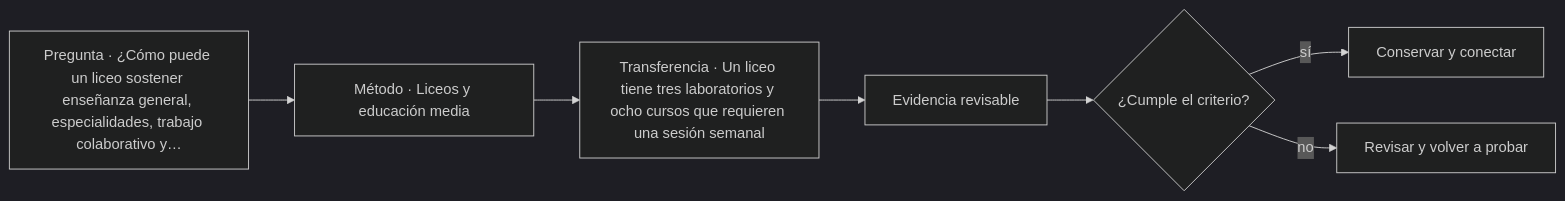
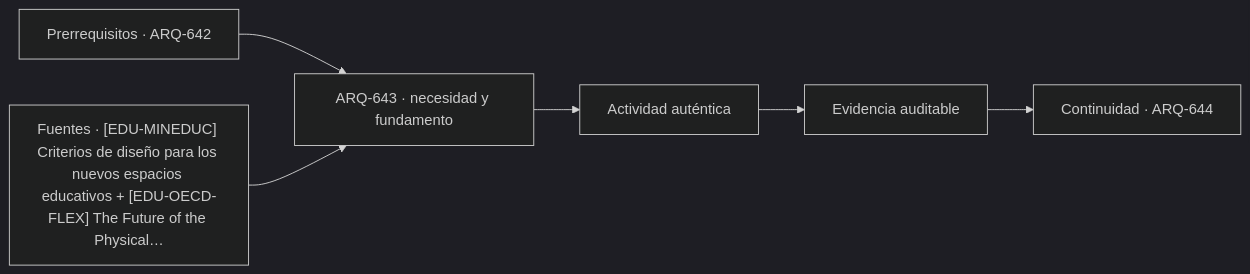
The diagram in classes/parte-65/ARQ-643.md (vladimiracunadev-create/architecture-built-environment-learning-program), drawn with Mermaid (dark theme) before and after one commit. The commit also changed other lines of this file and 761 other files, not shown here.

````diff
--- a/classes/parte-65/ARQ-643.md
+++ b/classes/parte-65/ARQ-643.md
@@ -66,9 +78,8 @@
 ```mermaid
 flowchart LR
-    Q["Pregunta · ¿Cómo puede un liceo sostener enseñanza general, especialidades, trabajo colaborativo y…"] --> M["Método · Liceos y educación media"]
-    M --> P["Transferencia · Un liceo tiene tres laboratorios y ocho cursos que requieren una sesión semanal"]
-    P --> E["Evidencia revisable"]
-    E --> C{"¿Cumple el criterio?"}
-    C -->|sí| T["Conservar y conectar"]
-    C -->|no| R["Revisar y volver a probar"]
+    A["Prerrequisitos · ARQ-642"] --> B["ARQ-643 · necesidad y fundamento"]
+    S["Fuentes · [EDU-MINEDUC] Criterios de diseño para los nuevos espacios educativos + [EDU-OECD-FLEX] The Future of the Physical…"] --> B
+    B --> C["Actividad auténtica"]
+    C --> D["Evidencia auditable"]
+    D --> E["Continuidad · ARQ-644"]
 ```
````
